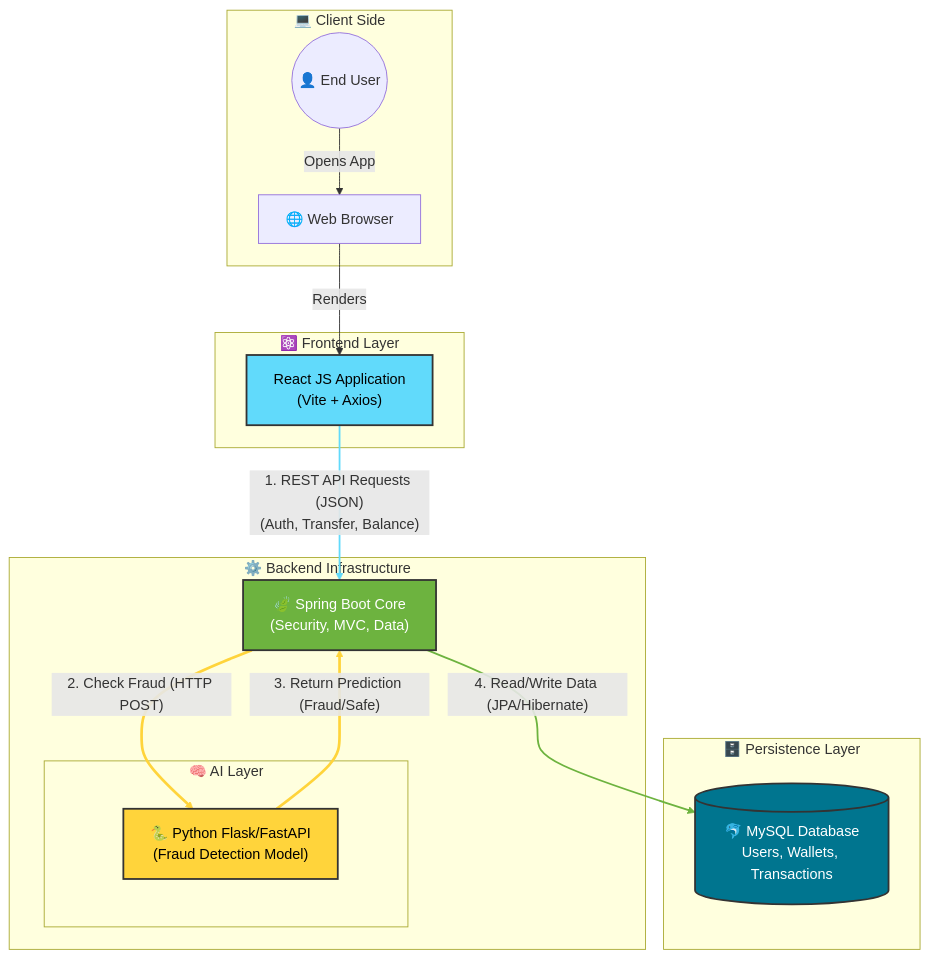
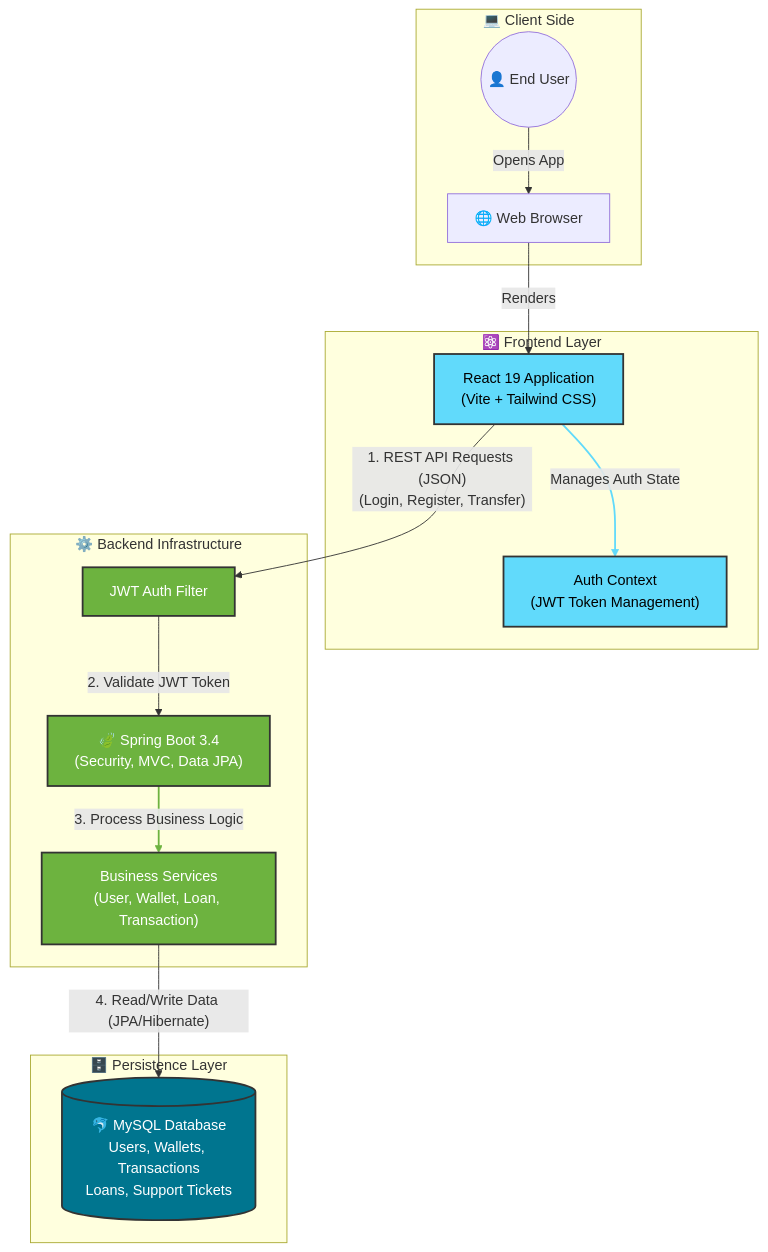
One commit to mahmoudss5/FinTeck changed the diagram in diagrams/High-Level.mmd. Above: the diagram before and after it, drawn with Mermaid. The commit also changed 6 other files, not shown here.

Commit message:
update the readme file and diagrams

```diff
--- a/diagrams/High-Level.mmd
+++ b/diagrams/High-Level.mmd
@@ -1,47 +1,42 @@
 graph TD
 %% Styling Definitions %%
     classDef client fill:#f9f,stroke:#333,stroke-width:2px,color:black;
     classDef frontend fill:#61dafb,stroke:#333,stroke-width:2px,color:black;
     classDef backend fill:#6db33f,stroke:#333,stroke-width:2px,color:white;
-    classDef ai fill:#ffd43b,stroke:#333,stroke-width:2px,color:black;
     classDef database fill:#00758f,stroke:#333,stroke-width:2px,color:white;
 
 %% Nodes %%
     subgraph Client_Side ["💻 Client Side"]
         User(("👤 End User"))
         Browser["🌐 Web Browser"]
     end
 
     subgraph App_Layer ["⚛️ Frontend Layer"]
-    %% التغيير هنا: حطينا علامات تنصيص حول الكلام
-        ReactApp["React JS Application<br/>(Vite + Axios)"]:::frontend
+        ReactApp["React 19 Application<br/>(Vite + Tailwind CSS)"]:::frontend
+        AuthContext["Auth Context<br/>(JWT Token Management)"]:::frontend
     end
 
     subgraph Server_Side ["⚙️ Backend Infrastructure"]
-        SpringBoot["🍃 Spring Boot Core<br/>(Security, MVC, Data)"]:::backend
-
-        subgraph Intelligence ["🧠 AI Layer"]
-            PythonService["🐍 Python Flask/FastAPI<br/>(Fraud Detection Model)"]:::ai
-        end
+        SpringBoot["🍃 Spring Boot 3.4<br/>(Security, MVC, Data JPA)"]:::backend
+        JWTFilter["JWT Auth Filter"]:::backend
+        Services["Business Services<br/>(User, Wallet, Loan, Transaction)"]:::backend
     end
 
     subgraph Data_Layer ["🗄️ Persistence Layer"]
-        MySQL[("🐬 MySQL Database<br/>Users, Wallets, Transactions")]:::database
+        MySQL[("🐬 MySQL Database<br/>Users, Wallets, Transactions<br/>Loans, Support Tickets")]:::database
     end
 
 %% Relationships %%
     User -- "Opens App" --> Browser
     Browser -- "Renders" --> ReactApp
+    ReactApp -- "Manages Auth State" --> AuthContext
 
-    ReactApp -- "1. REST API Requests (JSON)<br/>(Auth, Transfer, Balance)" --> SpringBoot
+    ReactApp -- "1. REST API Requests (JSON)<br/>(Login, Register, Transfer)" --> JWTFilter
+    JWTFilter -- "2. Validate JWT Token" --> SpringBoot
+    SpringBoot -- "3. Process Business Logic" --> Services
 
-    SpringBoot -- "2. Check Fraud (HTTP POST)" --> PythonService
-    PythonService -- "3. Return Prediction (Fraud/Safe)" --> SpringBoot
-
-    SpringBoot -- "4. Read/Write Data (JPA/Hibernate)" --> MySQL
+    Services -- "4. Read/Write Data (JPA/Hibernate)" --> MySQL
 
 %% Styles %%
     linkStyle 2 stroke:#61dafb,stroke-width:2px;
-    linkStyle 3 stroke:#ffd43b,stroke-width:3px,dasharray: 5 5;
-    linkStyle 4 stroke:#ffd43b,stroke-width:3px,dasharray: 5 5;
     linkStyle 5 stroke:#6db33f,stroke-width:2px;
```
